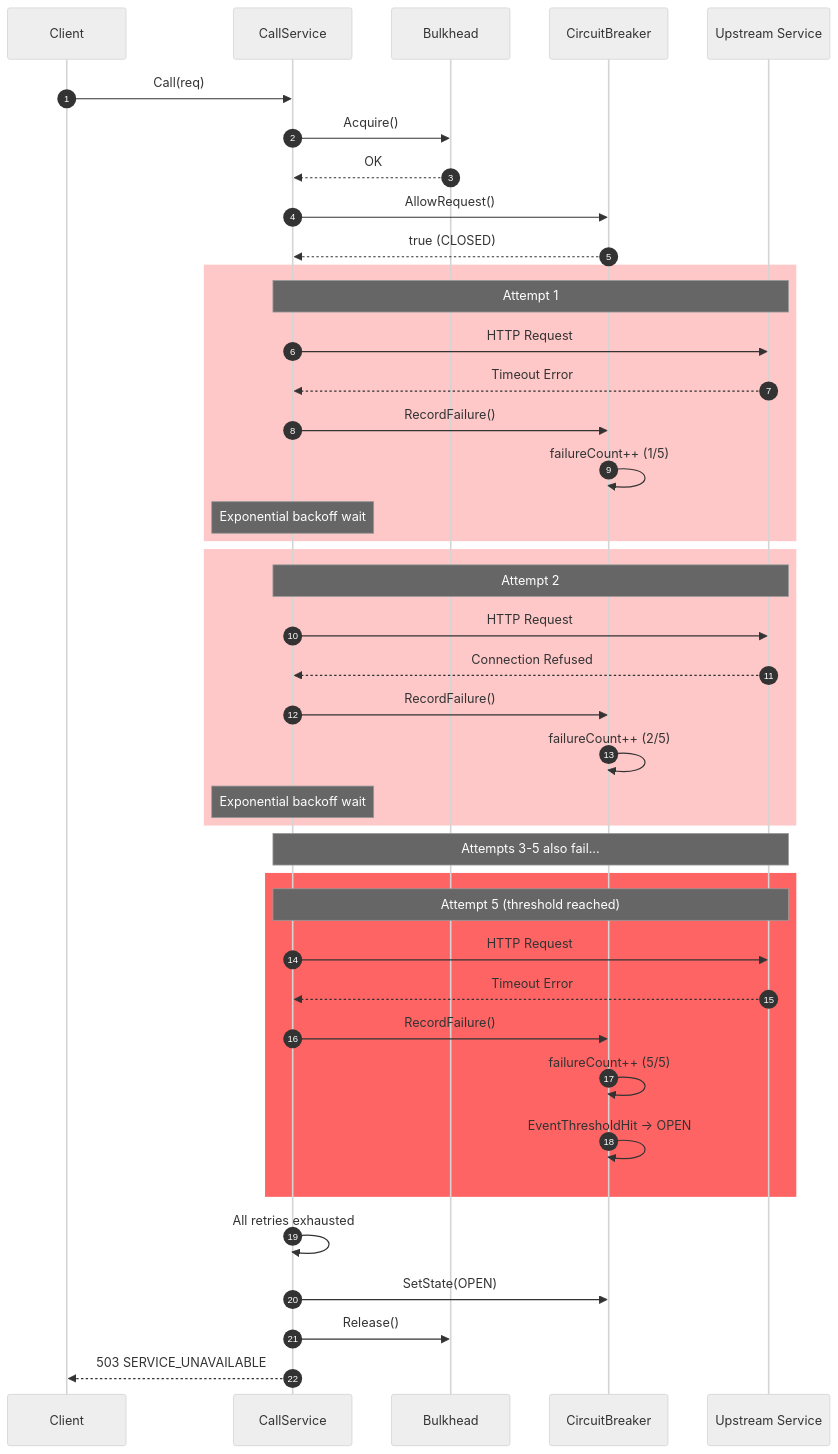
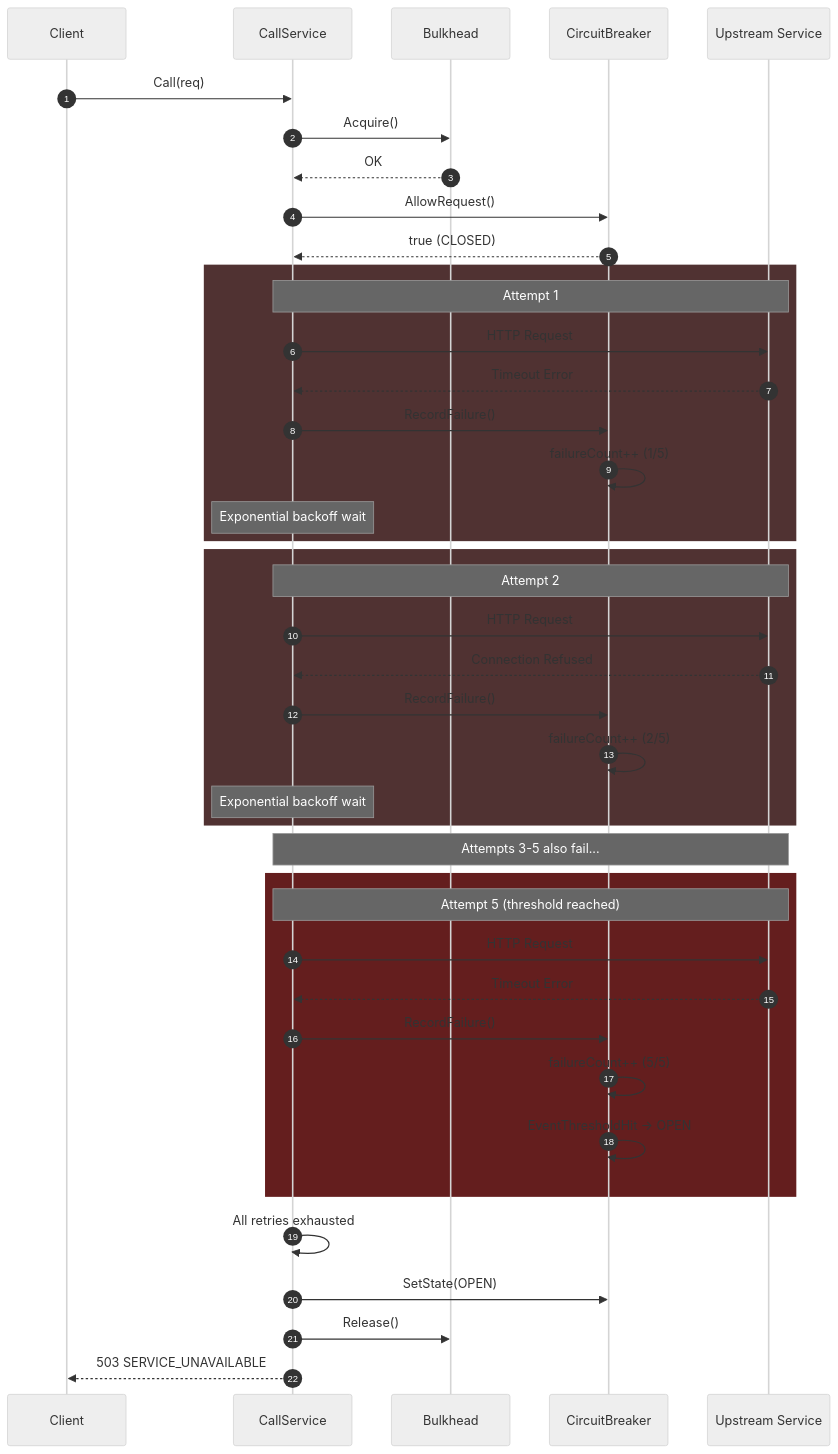
The second of 5 diagrams in impl/resilient-api-gateway-layer/diagrams/sequence-request-flow.md (Marvino-Fransisco/swe-projects), drawn with Mermaid (neutral theme) before and after one commit. The commit also changed 1 other file, not shown here.

Commit message:
fix: update Mermaid diagram syntax for map types and background colors

````diff
--- a/impl/resilient-api-gateway-layer/diagrams/sequence-request-flow.md
+++ b/impl/resilient-api-gateway-layer/diagrams/sequence-request-flow.md
@@ -47,49 +47,49 @@
 ```mermaid
 sequenceDiagram
     autonumber
     participant C as Client
     participant Svc as CallService
     participant BH as Bulkhead
     participant CB as CircuitBreaker
     participant Up as Upstream Service
 
     C->>Svc: Call(req)
     Svc->>BH: Acquire()
     BH-->>Svc: OK
     Svc->>CB: AllowRequest()
     CB-->>Svc: true (CLOSED)
 
-    rect rgb(255, 200, 200)
+    rect rgb(80, 50, 50)
         Note over Svc,Up: Attempt 1
         Svc->>Up: HTTP Request
         Up-->>Svc: Timeout Error
         Svc->>CB: RecordFailure()
         CB->>CB: failureCount++ (1/5)
         Note over Svc: Exponential backoff wait
     end
 
-    rect rgb(255, 200, 200)
+    rect rgb(80, 50, 50)
         Note over Svc,Up: Attempt 2
         Svc->>Up: HTTP Request
         Up-->>Svc: Connection Refused
         Svc->>CB: RecordFailure()
         CB->>CB: failureCount++ (2/5)
         Note over Svc: Exponential backoff wait
     end
 
     Note over Svc,Up: Attempts 3-5 also fail...
 
-    rect rgb(255, 100, 100)
+    rect rgb(100, 30, 30)
         Note over Svc,Up: Attempt 5 (threshold reached)
         Svc->>Up: HTTP Request
         Up-->>Svc: Timeout Error
         Svc->>CB: RecordFailure()
         CB->>CB: failureCount++ (5/5)
         CB->>CB: EventThresholdHit → OPEN
     end
 
     Svc->>Svc: All retries exhausted
     Svc->>CB: SetState(OPEN)
     Svc->>BH: Release()
     Svc-->>C: 503 SERVICE_UNAVAILABLE
 ```
````
